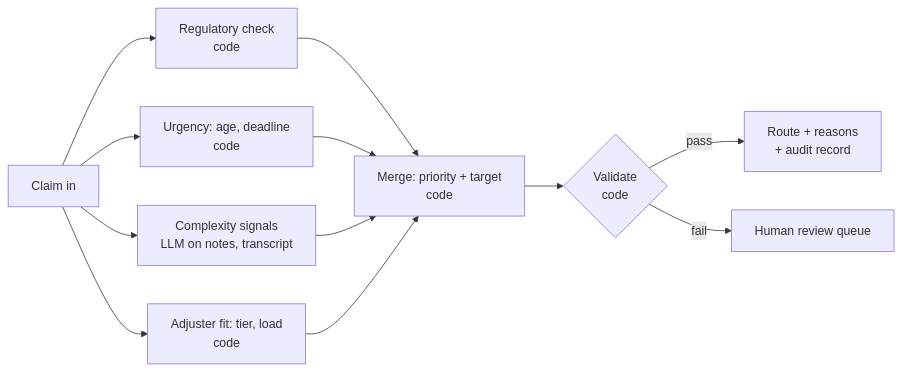
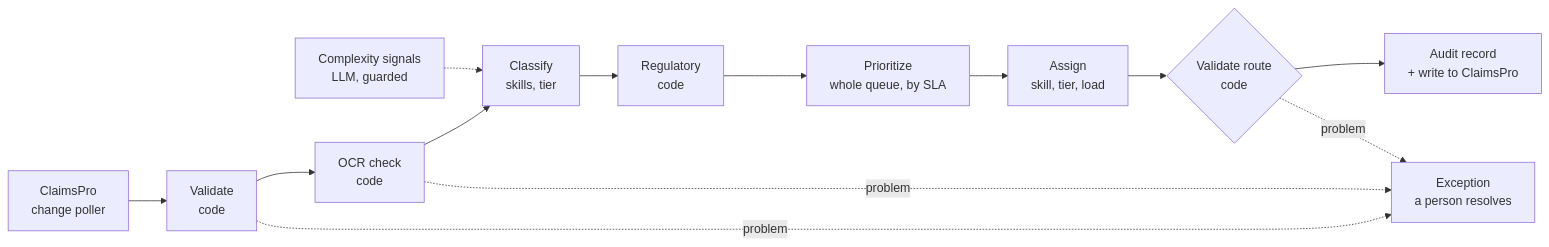
One commit to joshjhall/tyrell changed the third of 4 diagrams in docs/presentation/slides_draft.md. Above: the diagram before and after it, drawn with Mermaid. The commit also changed other lines of this file and 1 other file, not shown here.

````diff
--- a/docs/presentation/slides_draft.md
+++ b/docs/presentation/slides_draft.md
@@ -250,14 +497,13 @@
 ```mermaid
 flowchart LR
-    A[Claim in] --> B[Regulatory check<br/>code]
-    A --> C[Urgency: age, deadline<br/>code]
-    A --> D[Complexity signals<br/>LLM on notes, transcript]
-    A --> E[Adjuster fit: tier, load<br/>code]
-    B --> F[Merge: priority + target<br/>code]
-    C --> F
-    D --> F
-    E --> F
-    F --> G{Validate<br/>code}
-    G -->|pass| H[Route + reasons<br/>+ audit record]
-    G -->|fail| I[Human review queue]
+    in["ClaimsPro<br/>change poller"] --> v["Validate<br/>code"]
+    v --> o["OCR check<br/>code"]
+    o --> c["Classify<br/>skills, tier"]
+    c --> r["Regulatory<br/>code"]
+    llm["Complexity signals<br/>LLM, guarded"] -.-> c
+    r --> p["Prioritize<br/>whole queue, by SLA"]
+    p --> a["Assign<br/>skill, tier, load"]
+    a --> vr{"Validate route<br/>code"}
+    vr --> w["Audit record<br/>+ write to ClaimsPro"]
+    v & o & vr -.->|problem| x["Exception<br/>a person resolves"]
 ```
````
